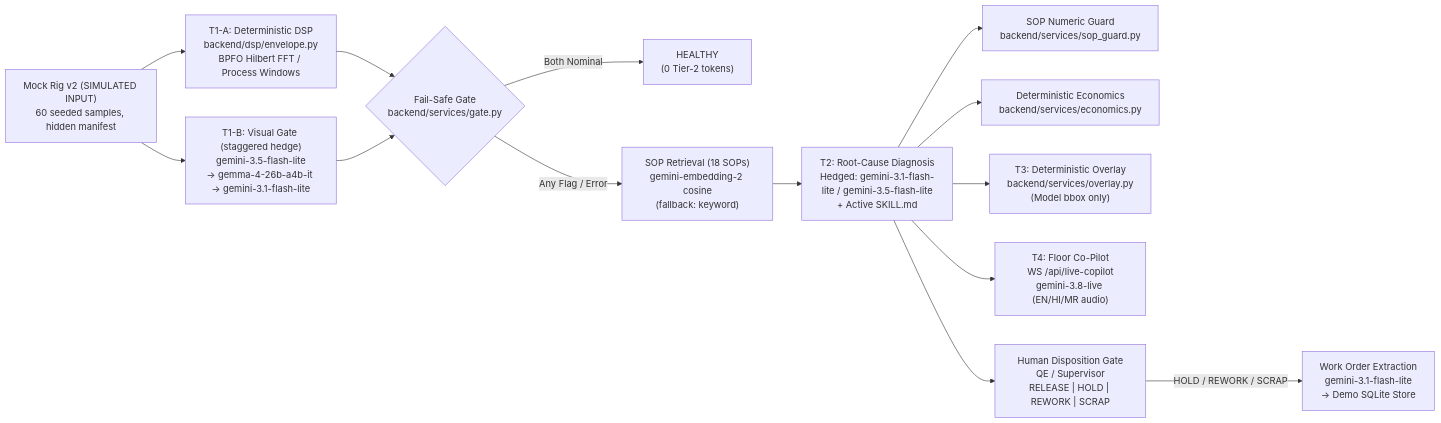
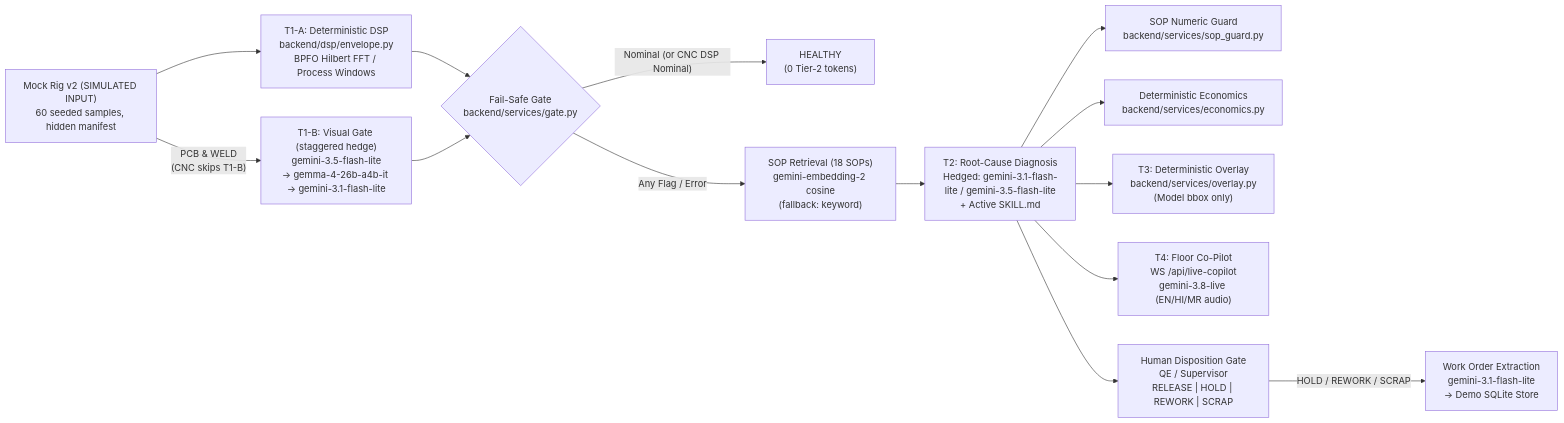
Before and after one commit to NikhilPande008/Vinyas: the diagram in README.md, drawn with Mermaid. The commit also changed other lines of this file and 18 other files, not shown here.

````diff
--- a/README.md
+++ b/README.md
@@ -31,16 +31,16 @@
 ```mermaid
 flowchart LR
     MR["Mock Rig v2 (SIMULATED INPUT)\n60 seeded samples, hidden manifest"] --> T1A["T1-A: Deterministic DSP\nbackend/dsp/envelope.py\nBPFO Hilbert FFT / Process Windows"]
-    MR --> T1B["T1-B: Visual Gate (staggered hedge)\ngemini-3.5-flash-lite\n→ gemma-4-26b-a4b-it → gemini-3.1-flash-lite"]
+    MR -- "PCB & WELD\n(CNC skips T1-B)" --> T1B["T1-B: Visual Gate (staggered hedge)\ngemini-3.5-flash-lite\n→ gemma-4-26b-a4b-it → gemini-3.1-flash-lite"]
     T1A --> GATE{"Fail-Safe Gate\nbackend/services/gate.py"}
     T1B --> GATE
-    GATE -- "Both Nominal" --> PASS["HEALTHY\n(0 Tier-2 tokens)"]
+    GATE -- "Nominal (or CNC DSP Nominal)" --> PASS["HEALTHY\n(0 Tier-2 tokens)"]
     GATE -- "Any Flag / Error" --> RET["SOP Retrieval (18 SOPs)\ngemini-embedding-2 cosine\n(fallback: keyword)"]
     RET --> T2["T2: Root-Cause Diagnosis\nHedged: gemini-3.1-flash-lite / gemini-3.5-flash-lite\n+ Active SKILL.md"]
     T2 --> GUARD["SOP Numeric Guard\nbackend/services/sop_guard.py"]
     T2 --> ECON["Deterministic Economics\nbackend/services/economics.py"]
     T2 --> T3["T3: Deterministic Overlay\nbackend/services/overlay.py\n(Model bbox only)"]
     T2 --> T4["T4: Floor Co-Pilot\nWS /api/live-copilot\ngemini-3.8-live (EN/HI/MR audio)"]
     T2 --> DISP["Human Disposition Gate\nQE / Supervisor\nRELEASE | HOLD | REWORK | SCRAP"]
     DISP -- "HOLD / REWORK / SCRAP" --> WO["Work Order Extraction\ngemini-3.1-flash-lite\n-> Demo SQLite Store"]
 ```
````
